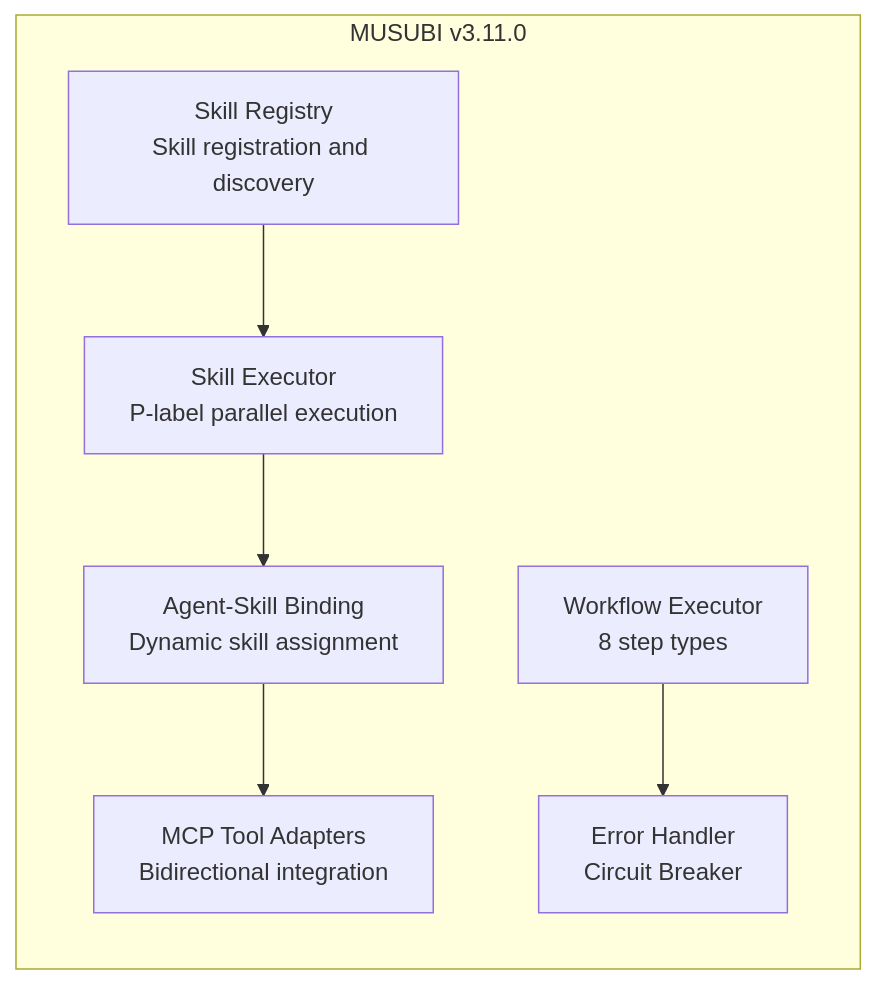
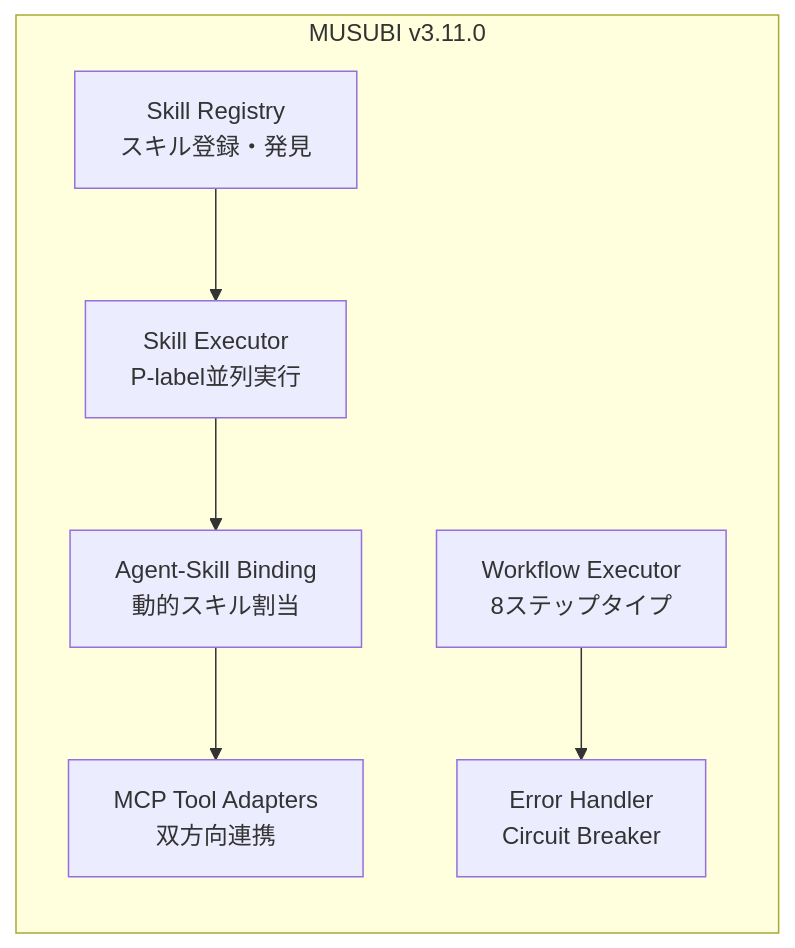
Before and after one commit to Improve-To-Grow/MUSUBI: the sixth of 8 diagrams in docs/Qiita/MUSUBI-Complete-Evolution-History.md, drawn with Mermaid. The commit also changed other lines of this file and 16 other files, not shown here.

````diff
--- a/docs/Qiita/MUSUBI-Complete-Evolution-History.md
+++ b/docs/Qiita/MUSUBI-Complete-Evolution-History.md
@@ -1801,17 +1801,17 @@
 ```mermaid
 flowchart TB
     subgraph V3_11["MUSUBI v3.11.0"]
         direction TB
-        SR["Skill Registry<br/>Skill registration and discovery"]
-        SE["Skill Executor<br/>P-label parallel execution"]
-        ASB["Agent-Skill Binding<br/>Dynamic skill assignment"]
-        MCP["MCP Tool Adapters<br/>Bidirectional integration"]
-        WE["Workflow Executor<br/>8 step types"]
+        SR["Skill Registry<br/>スキル登録・発見"]
+        SE["Skill Executor<br/>P-label並列実行"]
+        ASB["Agent-Skill Binding<br/>動的スキル割当"]
+        MCP["MCP Tool Adapters<br/>双方向連携"]
+        WE["Workflow Executor<br/>8ステップタイプ"]
         EH["Error Handler<br/>Circuit Breaker"]
     end
     
     SR --> SE
     SE --> ASB
     ASB --> MCP
     WE --> EH
 ```
````
